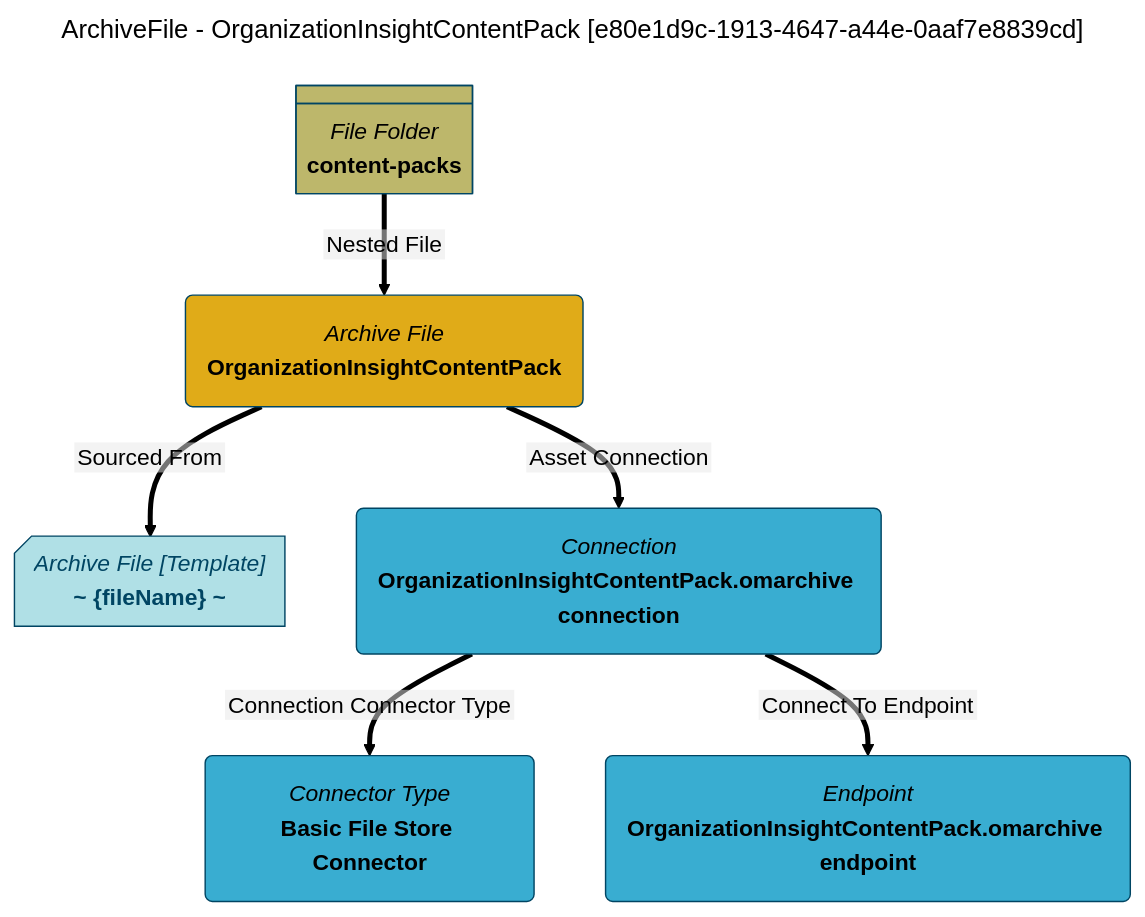
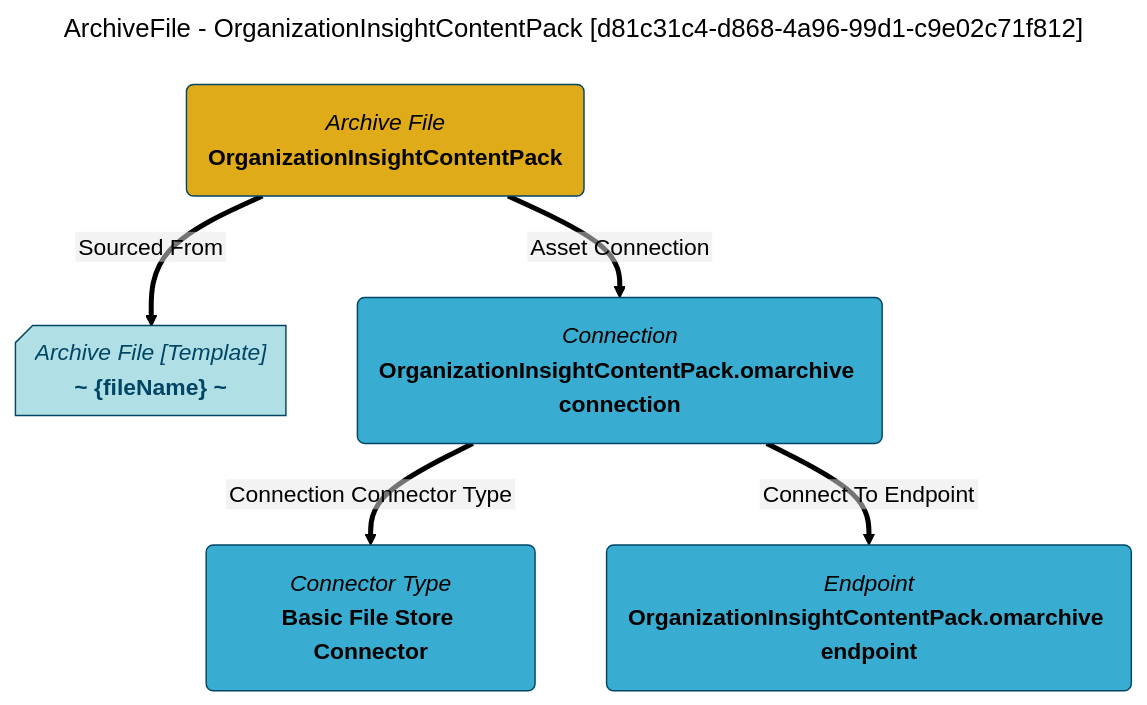
The diagram in site/snippets/data-assets/organizationinsightcontentpack-mermaid-graph.md (odpi/egeria-docs), drawn with Mermaid (forest theme) before and after one commit. The commit also changed 2201 other files, not shown here.

````diff
--- a/site/snippets/data-assets/organizationinsightcontentpack-mermaid-graph.md
+++ b/site/snippets/data-assets/organizationinsightcontentpack-mermaid-graph.md
@@ -1,31 +1,27 @@
 ```mermaid
 ---
-title: ArchiveFile - OrganizationInsightContentPack [e80e1d9c-1913-4647-a44e-0aaf7e8839cd]
+title: ArchiveFile - OrganizationInsightContentPack [d81c31c4-d868-4a96-99d1-c9e02c71f812]
 ---
 flowchart TD
 %%{init: {"flowchart": {"htmlLabels": false}} }%%
 
 1@{ shape: rounded, label: "*Archive File*
 **OrganizationInsightContentPack**"}
 2@{ shape: card, label: "*Archive File [Template]*
 **~ {fileName} ~**"}
 1==>|"Sourced From"|2
 3@{ shape: rounded, label: "*Connection*
 **OrganizationInsightContentPack.omarchive connection**"}
 1==>|"Asset Connection"|3
 4@{ shape: rounded, label: "*Connector Type*
 **Basic File Store Connector**"}
 3==>|"Connection Connector Type"|4
 5@{ shape: rounded, label: "*Endpoint*
 **OrganizationInsightContentPack.omarchive endpoint**"}
 3==>|"Connect To Endpoint"|5
-6@{ shape: div-rect, label: "*File Folder*
-**content-packs**"}
-6==>|"Nested File"|1
 style 1 color:#000000, fill:#e0ab18, stroke:#004563
 style 2 color:#004563, fill:#b0e0e6, stroke:#004563
 style 3 color:#000000, fill:#39add1, stroke:#004563
 style 4 color:#000000, fill:#39add1, stroke:#004563
 style 5 color:#000000, fill:#39add1, stroke:#004563
-style 6 color:#000000, fill:#bdb76b, stroke:#004563
 ```
````
